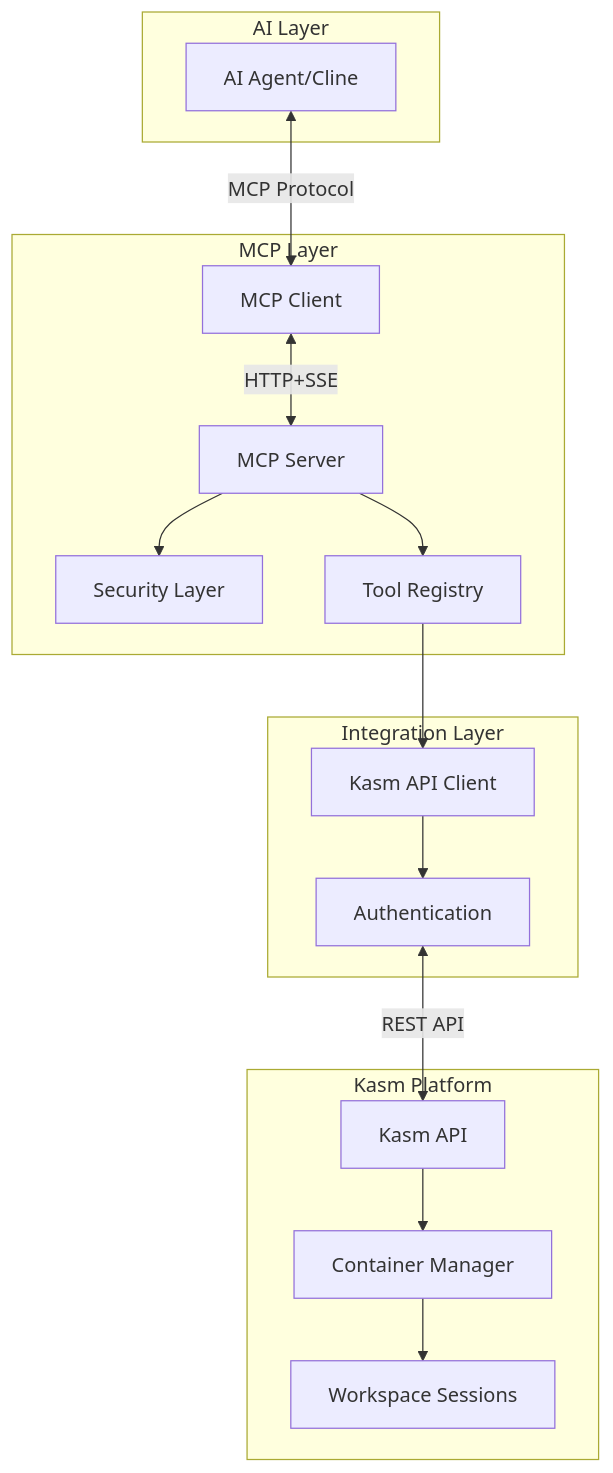
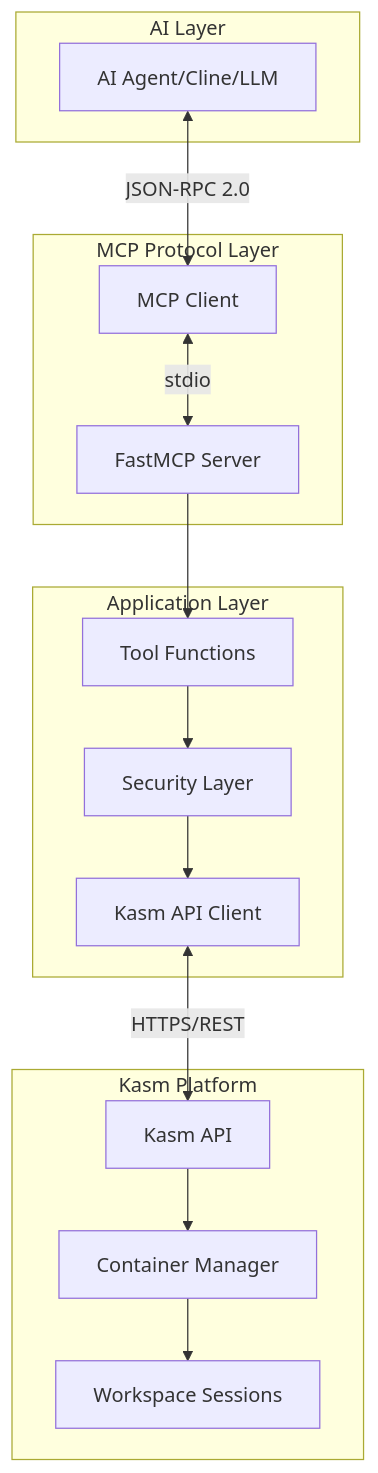
One commit to roguedev-ai/kasm-mcp-server-v2 changed the first of 4 diagrams in ARCHITECTURE.md. Above: the diagram before and after it, drawn with Mermaid. The commit also changed other lines of this file and 6 other files, not shown here.

First line of the commit message:
Add kasm-mcp-server-v2 project directory

````diff
--- a/ARCHITECTURE.md
+++ b/ARCHITECTURE.md
@@ -16,34 +17,32 @@
 ```mermaid
 graph TB
     subgraph "AI Layer"
-        A[AI Agent/Cline]
+        A[AI Agent/Cline/LLM]
     end
     
-    subgraph "MCP Layer"
+    subgraph "MCP Protocol Layer"
         B[MCP Client]
-        C[MCP Server]
-        D[Security Layer]
-        E[Tool Registry]
+        C[FastMCP Server]
     end
     
-    subgraph "Integration Layer"
+    subgraph "Application Layer"
+        D[Tool Functions]
+        E[Security Layer]
         F[Kasm API Client]
-        G[Authentication]
     end
     
     subgraph "Kasm Platform"
-        H[Kasm API]
-        I[Container Manager]
-        J[Workspace Sessions]
+        G[Kasm API]
+        H[Container Manager]
+        I[Workspace Sessions]
     end
     
-    A <-->|MCP Protocol| B
-    B <-->|HTTP+SSE| C
+    A <-->|JSON-RPC 2.0| B
+    B <-->|stdio| C
     C --> D
-    C --> E
+    D --> E
     E --> F
-    F --> G
-    G <-->|REST API| H
+    F <-->|HTTPS/REST| G
+    G --> H
     H --> I
-    I --> J
 ```
````
